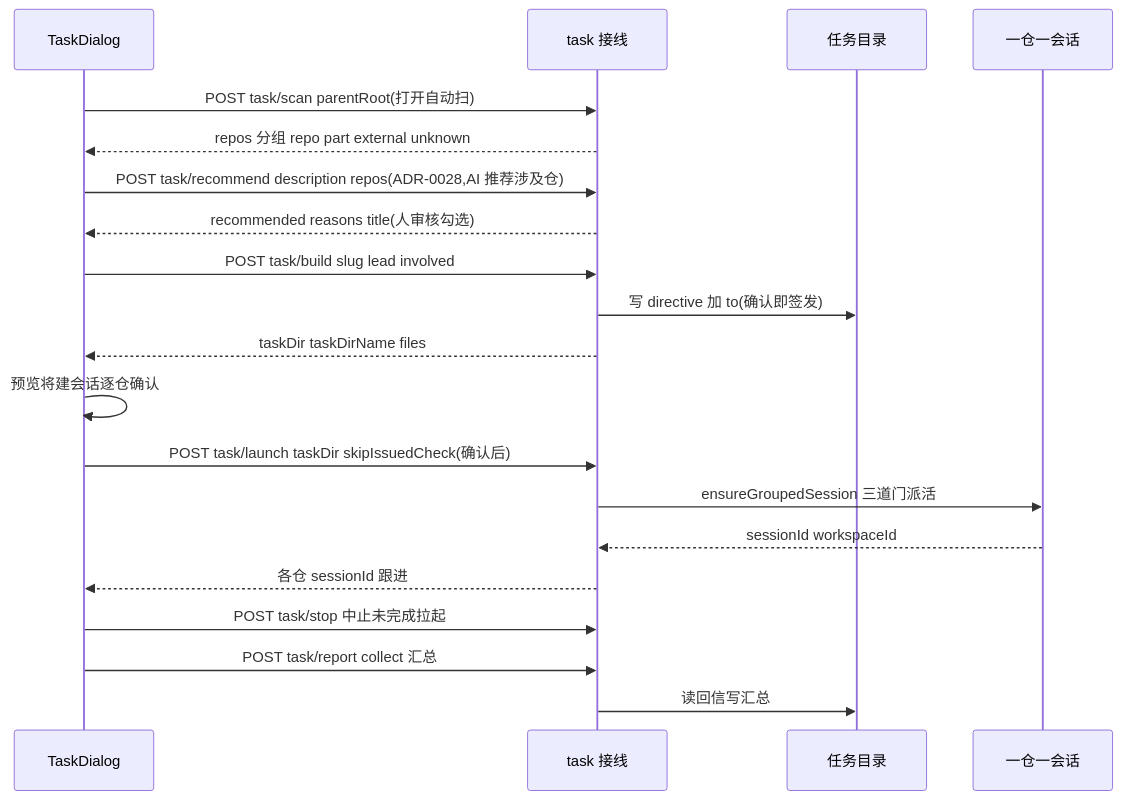
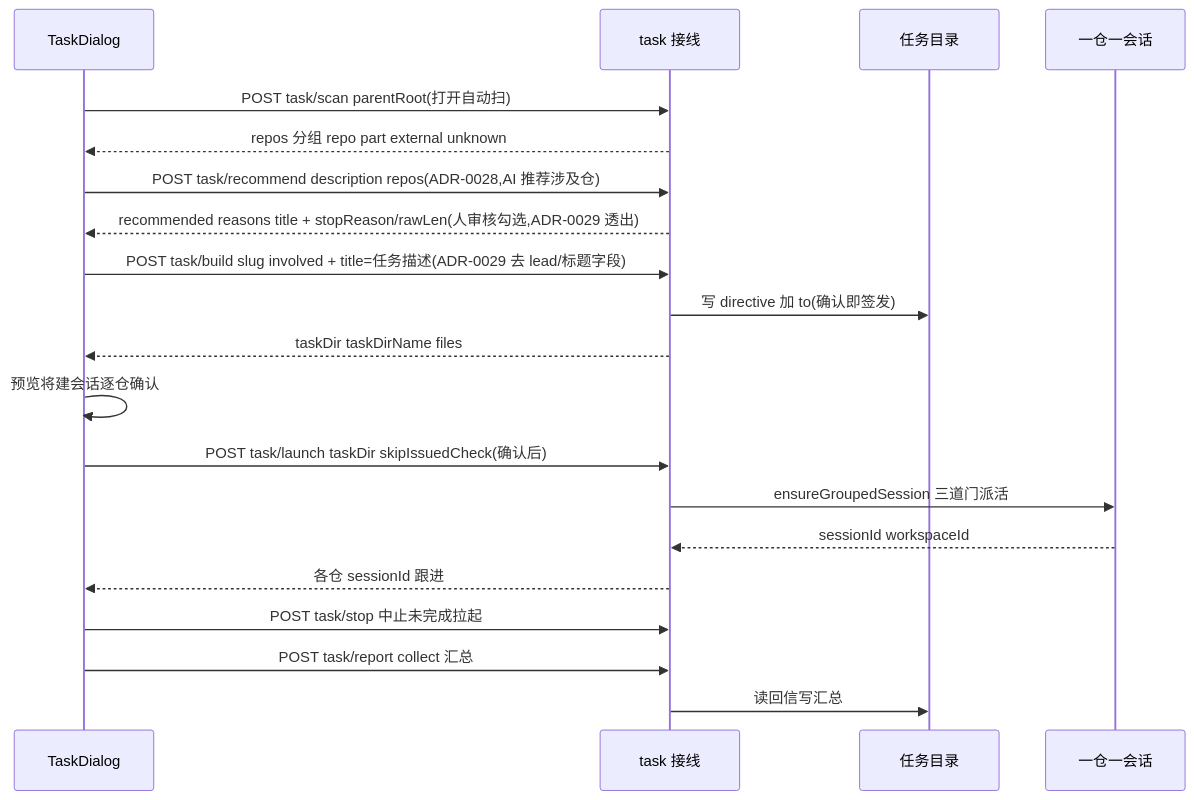
The fourth of 4 diagrams in docs/architecture.md (doubleelec/dsh-debate), drawn with Mermaid before and after one commit. The commit also changed other lines of this file and 13 other files, not shown here.

First line of the commit message:
feat(task): drop lead repo, slug from description, desc as title

````diff
--- a/docs/architecture.md
+++ b/docs/architecture.md
@@ -212,22 +212,22 @@
 ```mermaid
 sequenceDiagram
     participant T as TaskDialog
     participant H as task 接线
     participant D as 任务目录
     participant G as 一仓一会话
     T->>H: POST task/scan parentRoot(打开自动扫)
     H-->>T: repos 分组 repo part external unknown
     T->>H: POST task/recommend description repos(ADR-0028,AI 推荐涉及仓)
-    H-->>T: recommended reasons title(人审核勾选)
-    T->>H: POST task/build slug lead involved
+    H-->>T: recommended reasons title + stopReason/rawLen(人审核勾选,ADR-0029 透出)
+    T->>H: POST task/build slug involved + title=任务描述(ADR-0029 去 lead/标题字段)
     H->>D: 写 directive 加 to(确认即签发)
     H-->>T: taskDir taskDirName files
     T->>T: 预览将建会话逐仓确认
     T->>H: POST task/launch taskDir skipIssuedCheck(确认后)
     H->>G: ensureGroupedSession 三道门派活
     G-->>H: sessionId workspaceId
     H-->>T: 各仓 sessionId 跟进
     T->>H: POST task/stop 中止未完成拉起
     T->>H: POST task/report collect 汇总
     H->>D: 读回信写汇总
 ```
````
